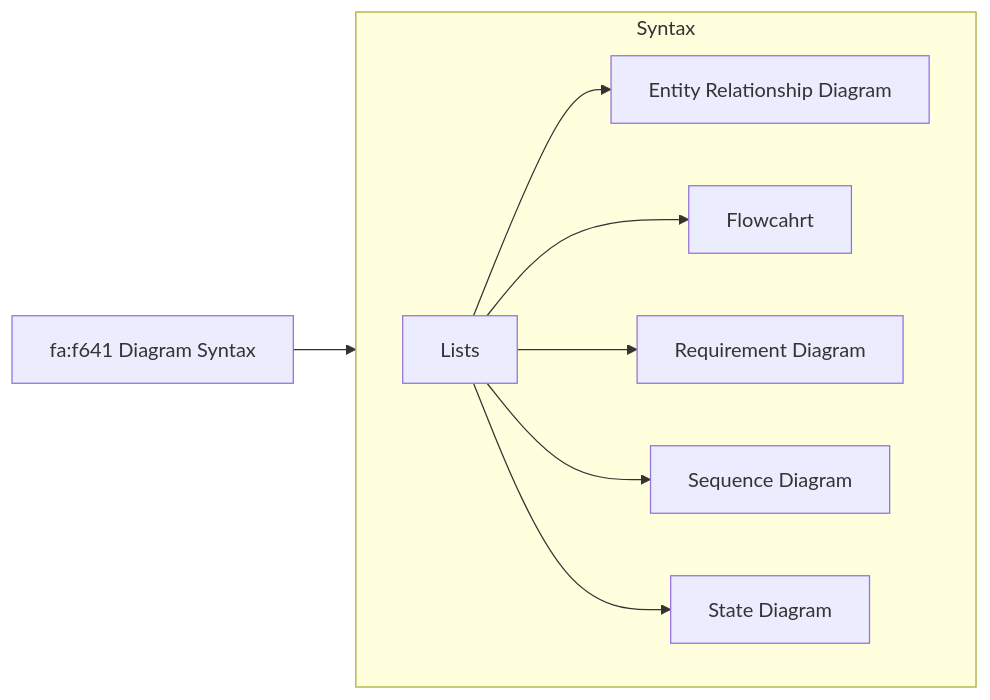
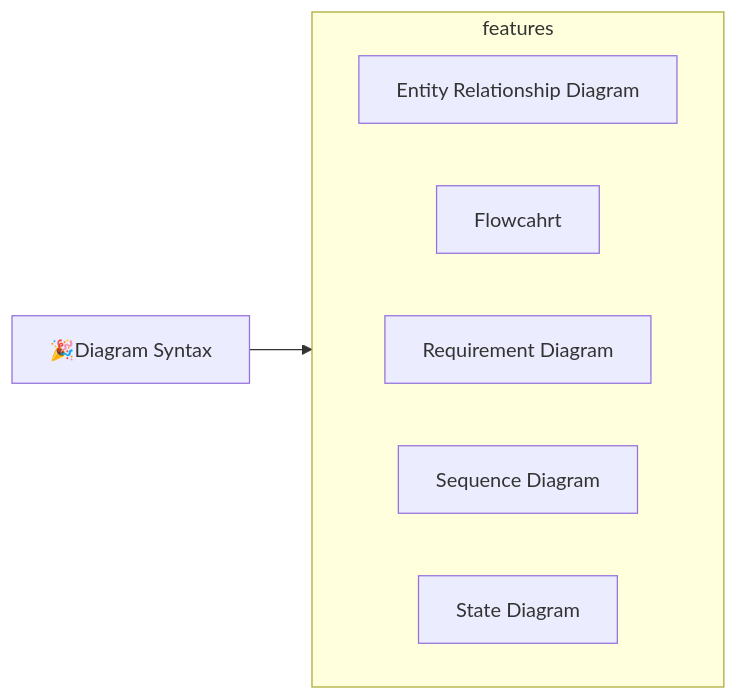
One commit to mindulle/garden changed the diagram in content/Develop/Trees/Dev/Programming/Libs&Fwks/By subject/Diagraming/mermaid.js/contents/Diagram Syntax/🎉Diagram Syntax.md. Above: the diagram before and after it, drawn with Mermaid. The commit also changed other lines of this file and 13 other files, not shown here.

````diff
--- a/content/Develop/Trees/Dev/Programming/Libs&Fwks/By subject/Diagraming/mermaid.js/contents/Diagram Syntax/🎉Diagram Syntax.md
+++ b/content/Develop/Trees/Dev/Programming/Libs&Fwks/By subject/Diagraming/mermaid.js/contents/Diagram Syntax/🎉Diagram Syntax.md
@@ -21,12 +24,13 @@
 ```mermaid
 flowchart LR
-	Entry[fa:f641 Diagram Syntax] --> Lists
-	subgraph Syntax
+	Entry[&#127881Diagram Syntax]
+	subgraph features
 		direction LR
-		Lists --> ERD[Entity Relationship Diagram]
-		Lists --> FlOW[Flowcahrt]
-		Lists --> REQ[Requirement Diagram]
-		Lists --> SEQ[Sequence Diagram]
-		Lists --> SD[State Diagram]
+		ERD[Entity Relationship Diagram]
+		FlOW[Flowcahrt]
+		REQ[Requirement Diagram]
+		SEQ[Sequence Diagram]
+		SD[State Diagram]
 	end
+	Entry --> features
 ```
````
